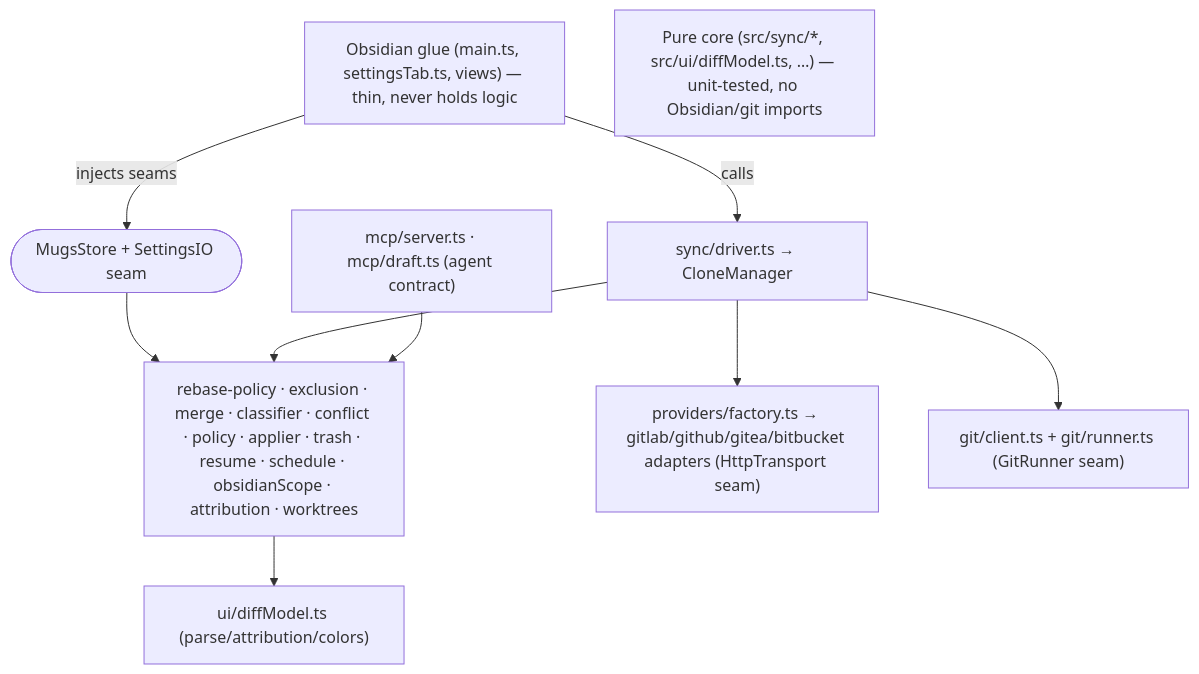
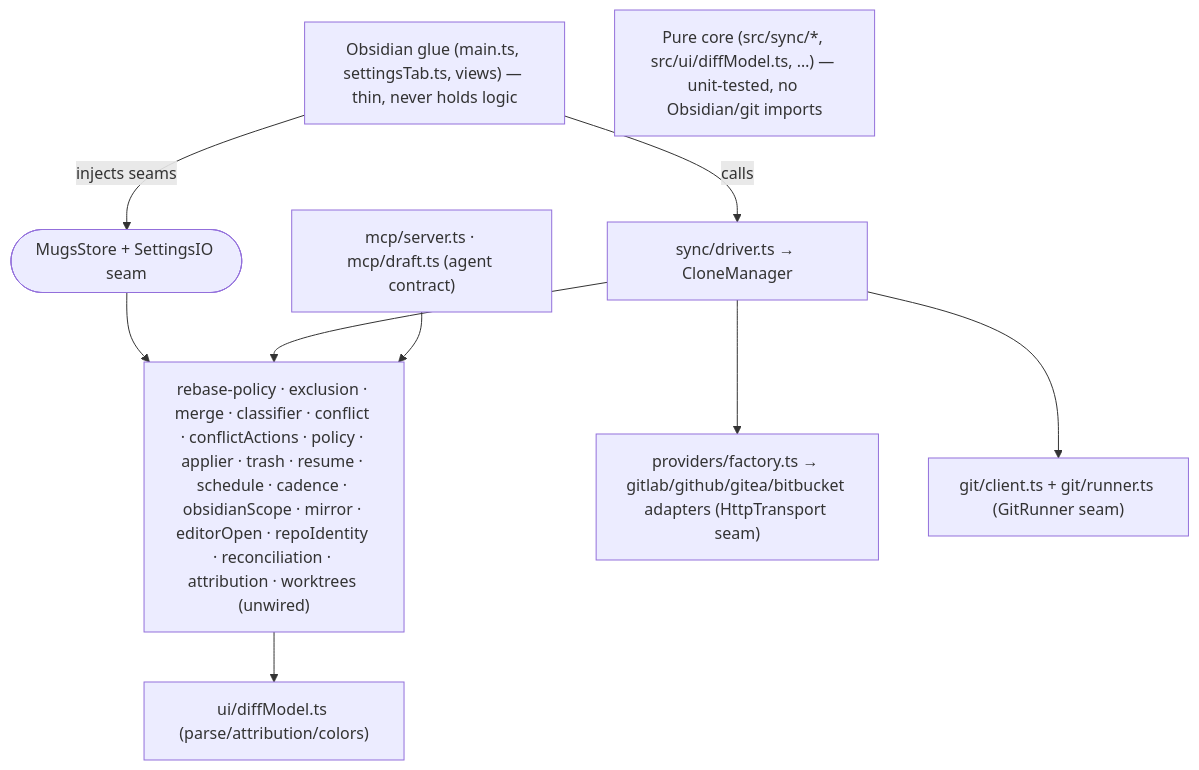
Before and after one commit to arikamidotnet/MUGS-obsidian: the diagram in docs/architecture.md, drawn with Mermaid. The commit also changed other lines of this file and 18 other files, not shown here.

````diff
--- a/docs/architecture.md
+++ b/docs/architecture.md
@@ -61,22 +64,22 @@
 ```mermaid
 flowchart TB
     subway["Obsidian glue (main.ts, settingsTab.ts, views) — thin, never holds logic"]
     store(["MugsStore + SettingsIO seam"])
     subcore["Pure core (src/sync/*, src/ui/diffModel.ts, …) — unit-tested, no Obsidian/git imports"]
     driver["sync/driver.ts → CloneManager"]
-    policyP["rebase-policy · exclusion · merge · classifier · conflict · policy · applier · trash · resume · schedule · obsidianScope · attribution · worktrees"]
+    policyP["rebase-policy · exclusion · merge · classifier · conflict · conflictActions · policy · applier · trash · resume · schedule · cadence · obsidianScope · mirror · editorOpen · repoIdentity · reconciliation · attribution · worktrees (unwired)"]
     mcp["mcp/server.ts · mcp/draft.ts (agent contract)"]
     uiPure["ui/diffModel.ts (parse/attribution/colors)"]
 
     provider["providers/factory.ts → gitlab/github/gitea/bitbucket adapters (HttpTransport seam)"]
     git["git/client.ts + git/runner.ts (GitRunner seam)"]
 
     subway -->|injects seams| store
     subway -->|calls| driver
     store --> policyP
     driver --> provider
     driver --> git
     driver --> policyP
     policyP --> uiPure
     mcp --> policyP
 ```
````
